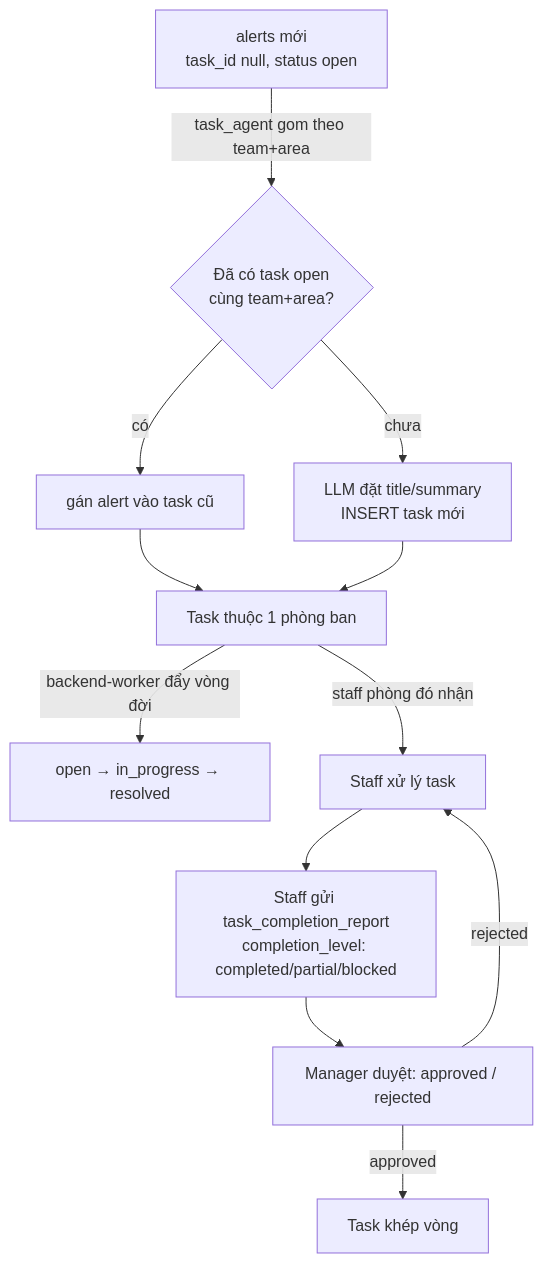
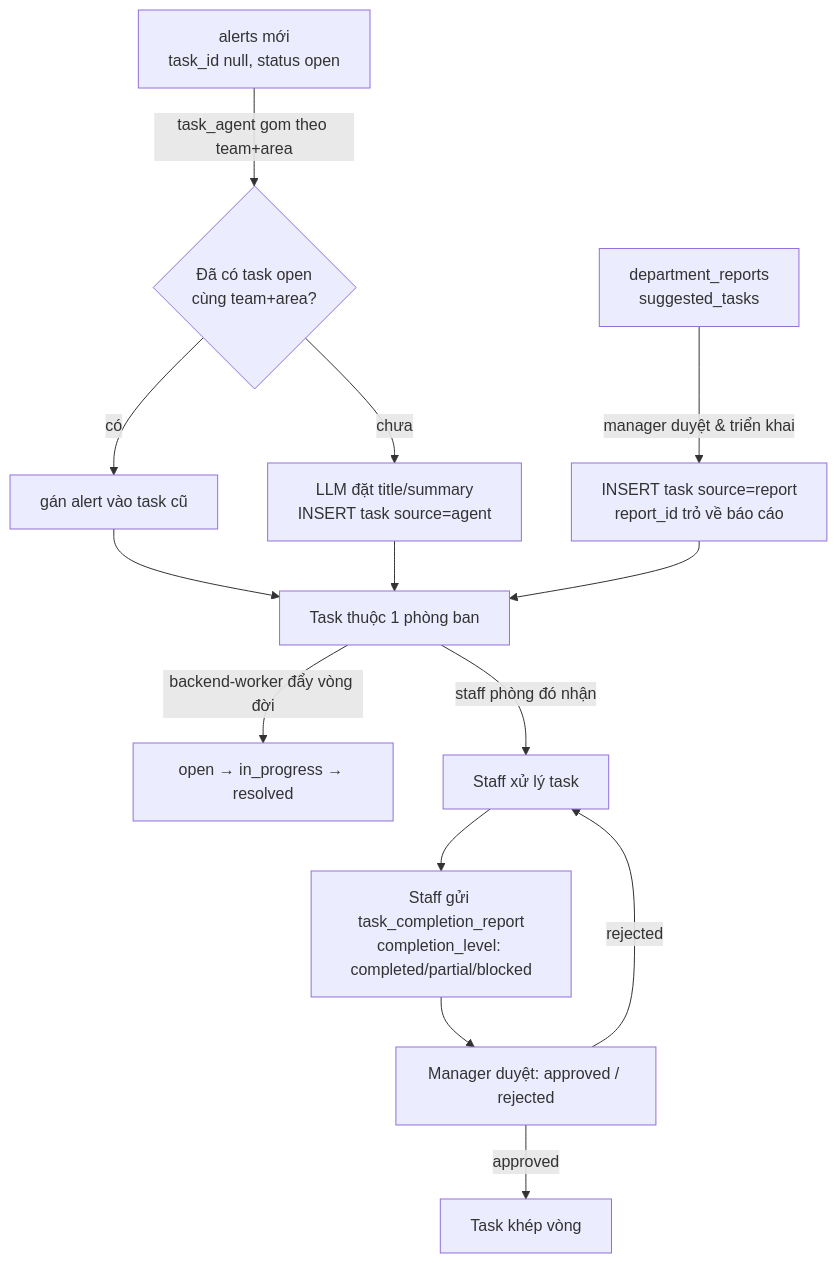
The third of 5 diagrams in docs/project/co_che.md (Kez-DE/AI-Quality-Intelligence-Platform), drawn with Mermaid before and after one commit. The commit also changed other lines of this file and 7 other files, not shown here.

First line of the commit message:
docs: cập nhật tài liệu theo luồng HI-Loop Approval (báo cáo → task)

````diff
--- a/docs/project/co_che.md
+++ b/docs/project/co_che.md
@@ -184,14 +189,16 @@
 ```mermaid
 flowchart TD
     A[alerts mới<br/>task_id null, status open] -->|task_agent gom theo team+area| B{Đã có task open<br/>cùng team+area?}
     B -->|có| C[gán alert vào task cũ]
-    B -->|chưa| D[LLM đặt title/summary<br/>INSERT task mới]
+    B -->|chưa| D[LLM đặt title/summary<br/>INSERT task source=agent]
+    R[department_reports<br/>suggested_tasks] -->|manager duyệt & triển khai| RD[INSERT task source=report<br/>report_id trỏ về báo cáo]
     C --> E[Task thuộc 1 phòng ban]
     D --> E
+    RD --> E
     E -->|backend-worker đẩy vòng đời| F[open → in_progress → resolved]
     E -->|staff phòng đó nhận| G[Staff xử lý task]
     G --> H[Staff gửi task_completion_report<br/>completion_level: completed/partial/blocked]
     H --> I[Manager duyệt: approved / rejected]
     I -->|rejected| G
     I -->|approved| J[Task khép vòng]
 ```
````
